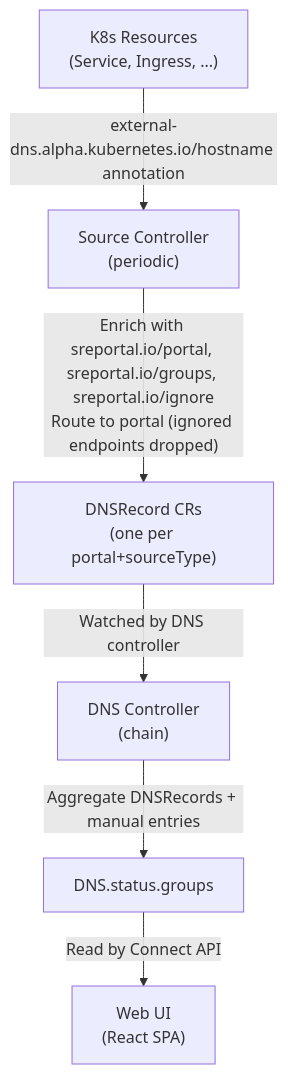
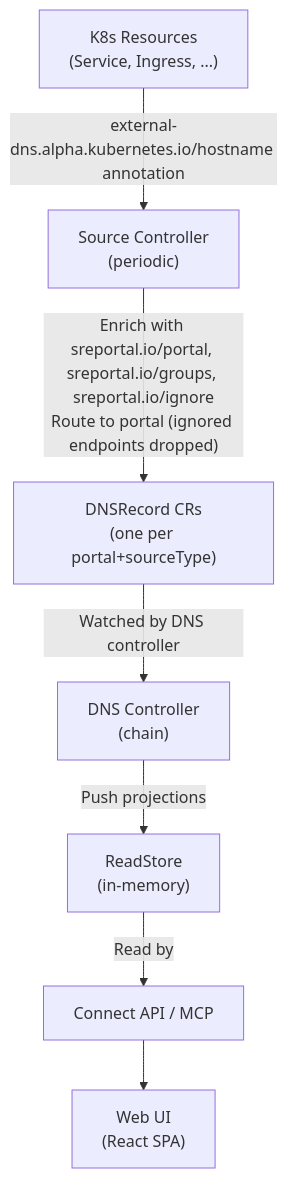
The fourth of 4 diagrams in docs/content/docs/architecture.md (golgoth31/sreportal), drawn with Mermaid before and after one commit. The commit also changed other lines of this file and 77 other files, not shown here.

````diff
--- a/docs/content/docs/architecture.md
+++ b/docs/content/docs/architecture.md
@@ -213,15 +244,17 @@
 ```mermaid
 flowchart TD
     K8s["K8s Resources\n(Service, Ingress, ...)"]
     Source["Source Controller\n(periodic)"]
     DNSRecord["DNSRecord CRs\n(one per portal+sourceType)"]
     DNSCtrl["DNS Controller\n(chain)"]
-    Status["DNS.status.groups"]
+    Store["ReadStore\n(in-memory)"]
+    API["Connect API / MCP"]
     WebUI["Web UI\n(React SPA)"]
 
     K8s -->|"external-dns.alpha.kubernetes.io/hostname annotation"| Source
     Source -->|"Enrich with sreportal.io/portal, sreportal.io/groups, sreportal.io/ignore\nRoute to portal (ignored endpoints dropped)"| DNSRecord
     DNSRecord -->|"Watched by DNS controller"| DNSCtrl
-    DNSCtrl -->|"Aggregate DNSRecords + manual entries"| Status
-    Status -->|"Read by Connect API"| WebUI
+    DNSCtrl -->|"Push projections"| Store
+    Store -->|"Read by"| API
+    API --> WebUI
 ```
````
